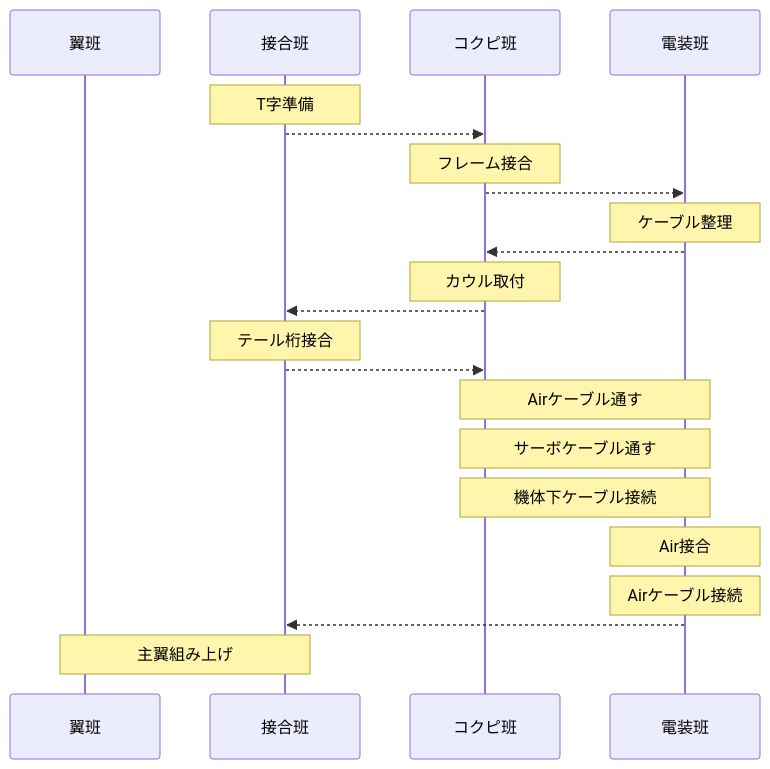
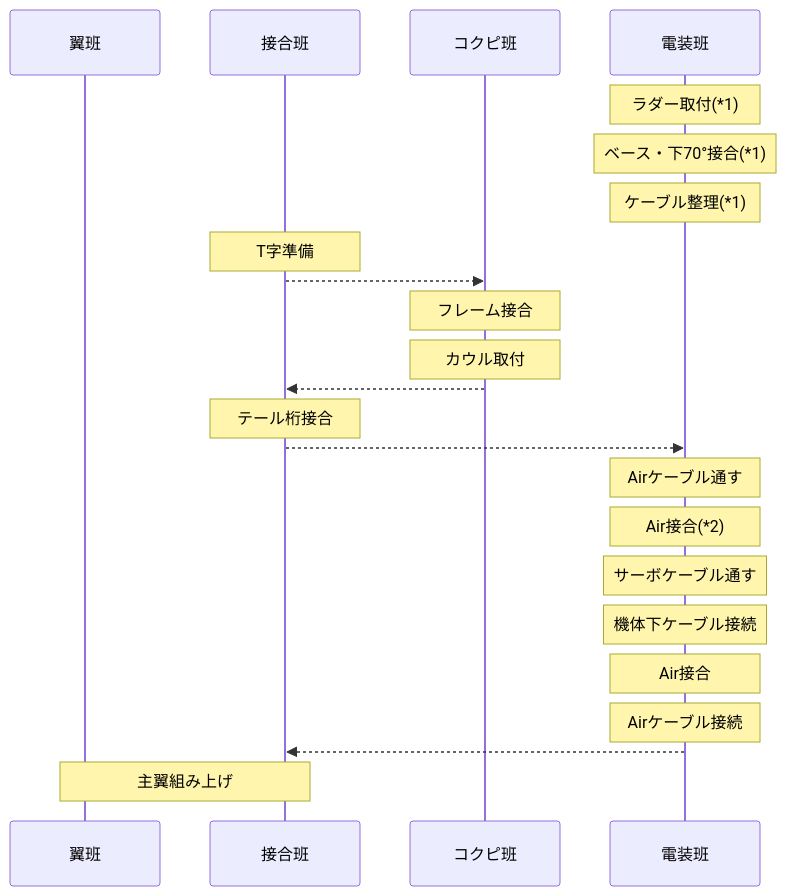
The third of 6 diagrams in docs/works/2026-avionics.md (torica-org/electronics-blog), drawn with Mermaid before and after one commit. The commit also changed other lines of this file and 2 other files, not shown here.

```diff
--- a/docs/works/2026-avionics.md
+++ b/docs/works/2026-avionics.md
@@ -159,25 +160,26 @@
 <pre class="mermaid" style="background-color:white;">
 sequenceDiagram
     participant wing as 翼班
     participant assem as 接合班
     participant cockpit as コクピ班
     participant elec as 電装班
 
+    Note over elec: ラダー取付(*1)
+    Note over elec: ベース・下70°接合(*1)
+    Note over elec: ケーブル整理(*1)
     Note over assem: T字準備
     assem -->> cockpit:
     Note over cockpit: フレーム接合
-    cockpit -->> elec:
-    Note over elec: ケーブル整理
-    elec -->> cockpit:
     Note over cockpit: カウル取付
     cockpit -->> assem:
     Note over assem: テール桁接合
-    assem -->> cockpit:
-    Note over cockpit,elec: Airケーブル通す
-    Note over cockpit,elec: サーボケーブル通す
-    Note over cockpit,elec: 機体下ケーブル接続
+    assem -->> elec:
+    Note over elec: Airケーブル通す
+    Note over elec: Air接合(*2)
+    Note over elec: サーボケーブル通す
+    Note over elec: 機体下ケーブル接続
     Note over elec: Air接合
     Note over elec: Airケーブル接続
     elec -->> assem:
     Note over wing,assem: 主翼組み上げ
 </pre>
```
